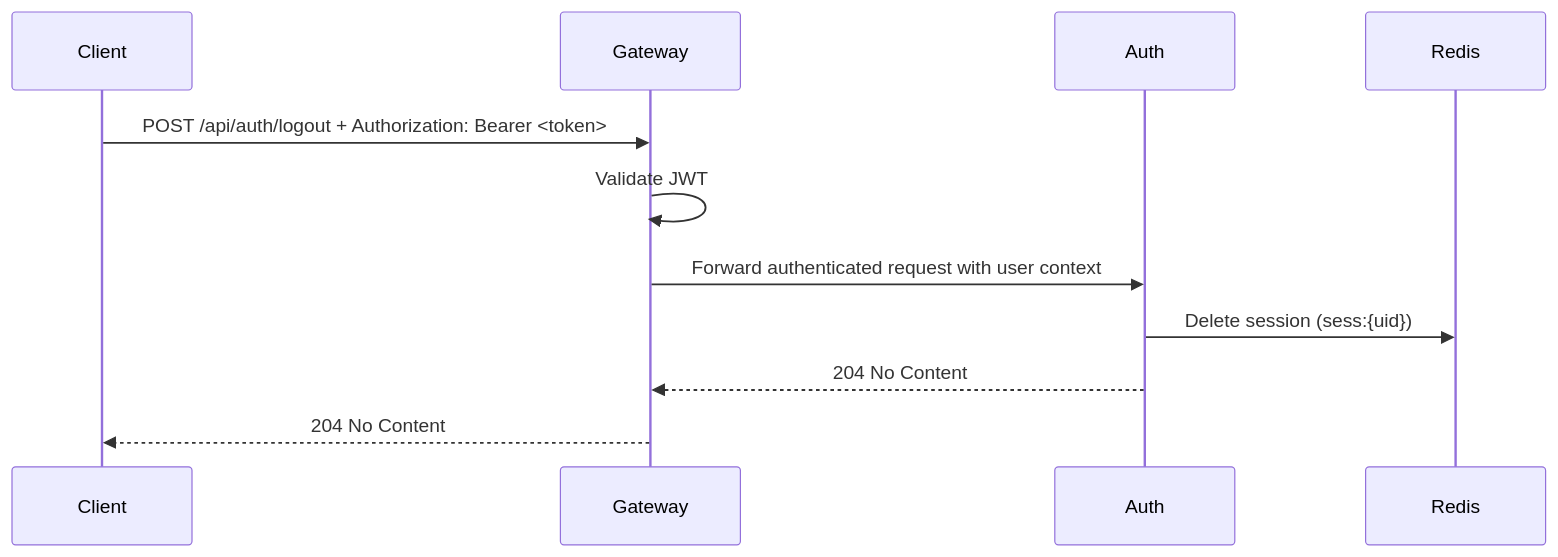
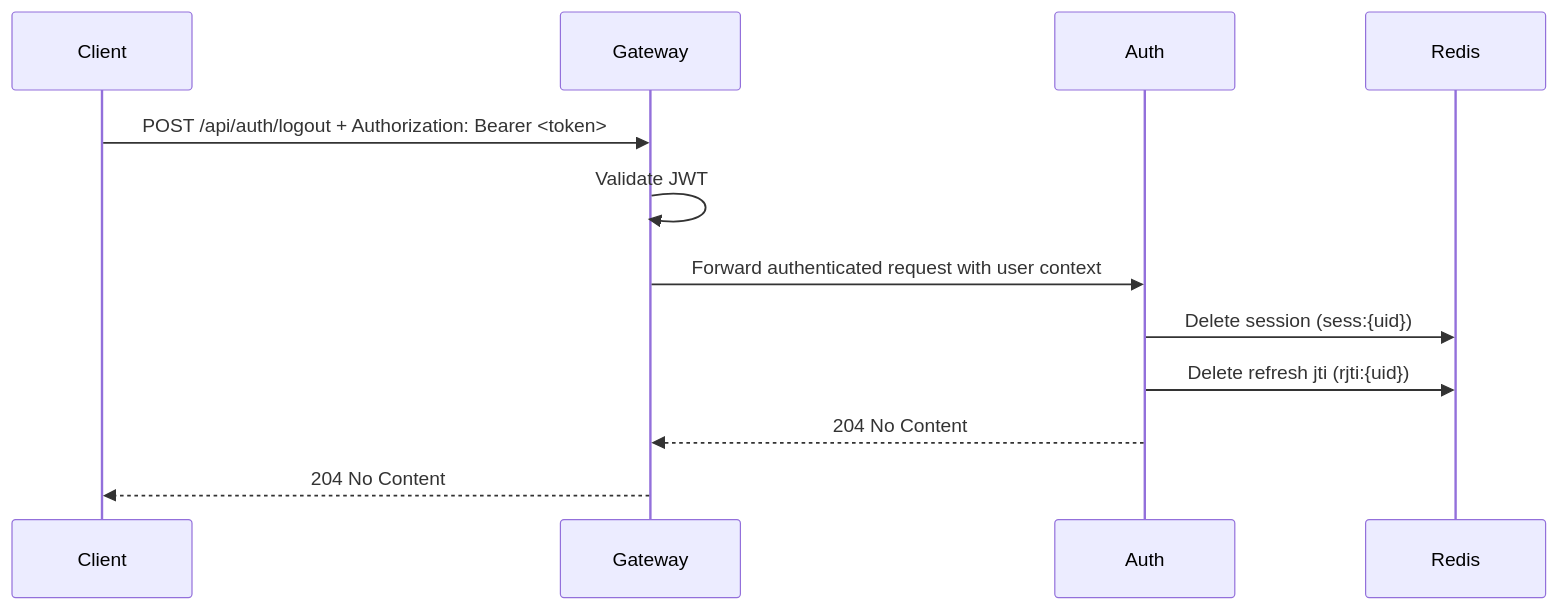
The third of 4 diagrams in docs/request-flows.md (asasia1935/identity-platform), drawn with Mermaid before and after one commit. The commit also changed other lines of this file and 4 other files, not shown here.

````diff
--- a/docs/request-flows.md
+++ b/docs/request-flows.md
@@ -94,14 +94,15 @@
 ```mermaid
 sequenceDiagram
     participant Client
     participant Gateway
     participant Auth
     participant Redis
 
     Client->>Gateway: POST /api/auth/logout + Authorization: Bearer <token>
     Gateway->>Gateway: Validate JWT
     Gateway->>Auth: Forward authenticated request with user context
     Auth->>Redis: Delete session (sess:{uid})
+    Auth->>Redis: Delete refresh jti (rjti:{uid})
     Auth-->>Gateway: 204 No Content
     Gateway-->>Client: 204 No Content
 ```
````
